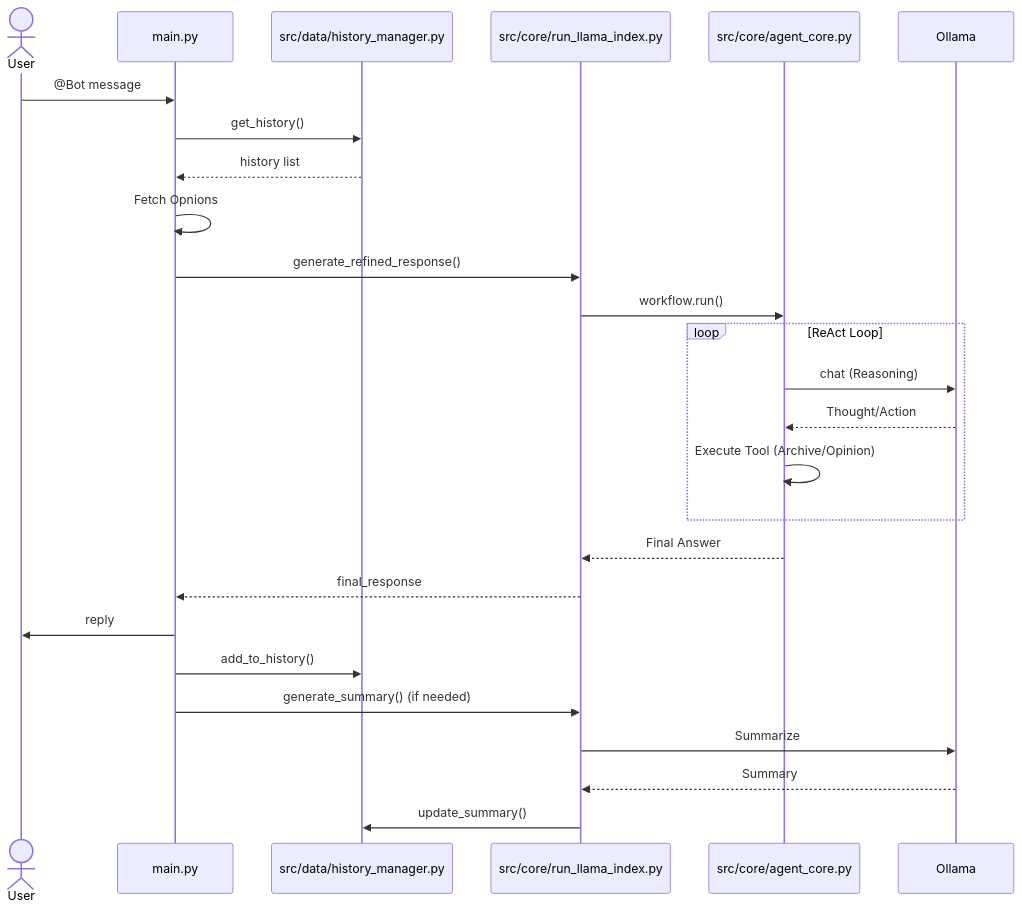
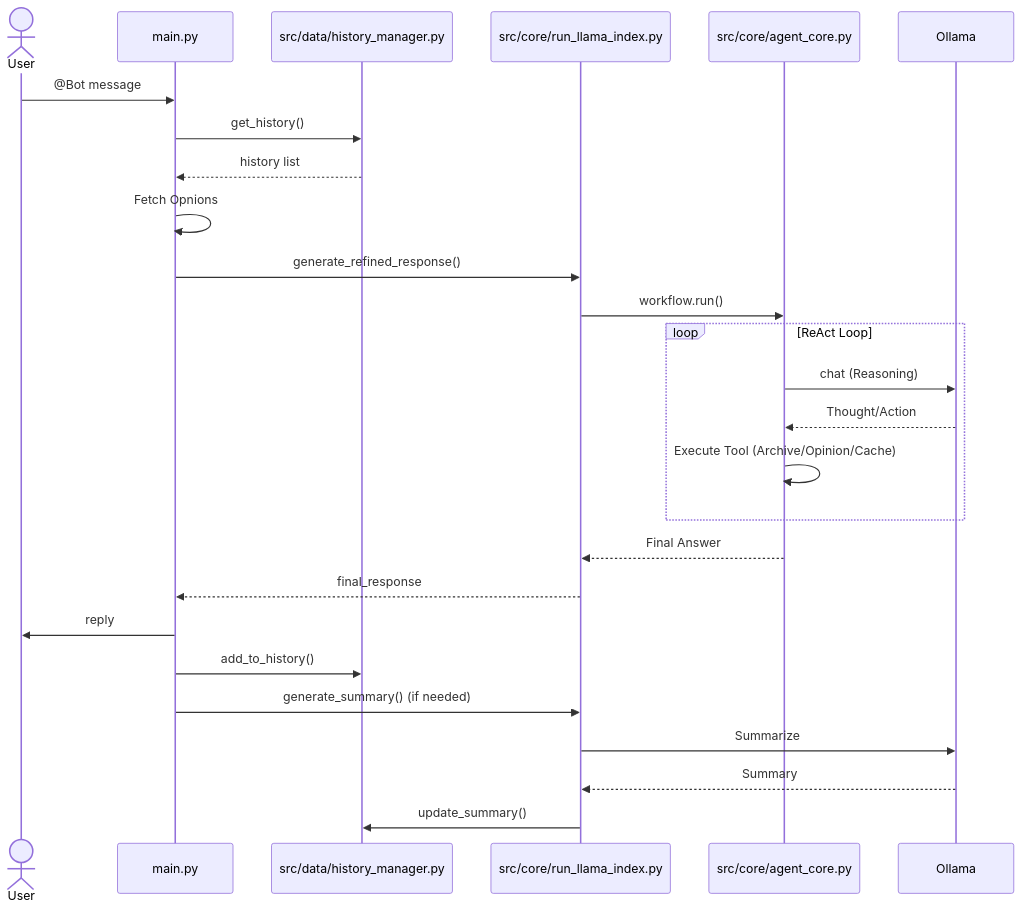
The second of 2 diagrams in architecture.md (vp-1591/discord-assistant), drawn with Mermaid before and after one commit. The commit also changed other lines of this file and 3 other files, not shown here.

Commit message:
docs: update documentation and make mermaid diagram readable

````diff
--- a/architecture.md
+++ b/architecture.md
@@ -86,33 +109,33 @@
 ```mermaid
 sequenceDiagram
     actor User
     participant Main as main.py
     participant Hist as src/data/history_manager.py
     participant RAG as src/core/run_llama_index.py
     participant Agent as src/core/agent_core.py
     participant Ollama
 
     User->>Main: @Bot message
     Main->>Hist: get_history()
     Hist-->>Main: history list
     Main->>Main: Fetch Opnions
     
     Main->>RAG: generate_refined_response()
     RAG->>Agent: workflow.run()
     
     loop ReAct Loop
         Agent->>Ollama: chat (Reasoning)
         Ollama-->>Agent: Thought/Action
-        Agent->>Agent: Execute Tool (Archive/Opinion)
+        Agent->>Agent: Execute Tool (Archive/Opinion/Cache)
     end
     
     Agent-->>RAG: Final Answer
     RAG-->>Main: final_response
     Main->>User: reply
     
     Main->>Hist: add_to_history()
     Main->>RAG: generate_summary() (if needed)
     RAG->>Ollama: Summarize
     Ollama-->>RAG: Summary
     RAG->>Hist: update_summary()
 ```
````
